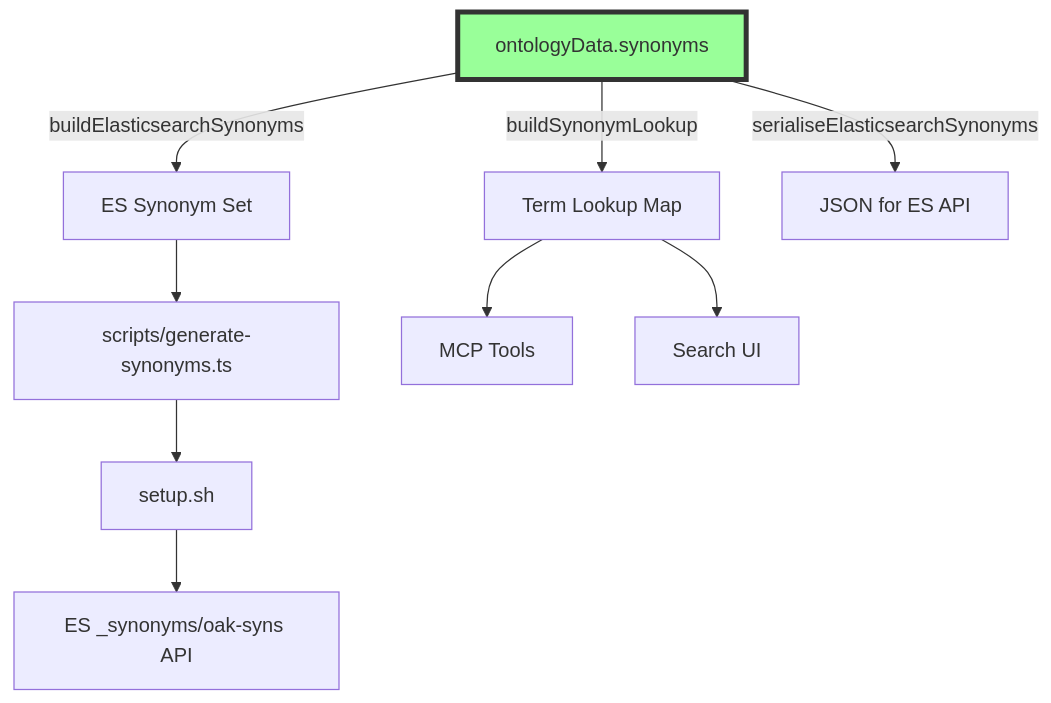
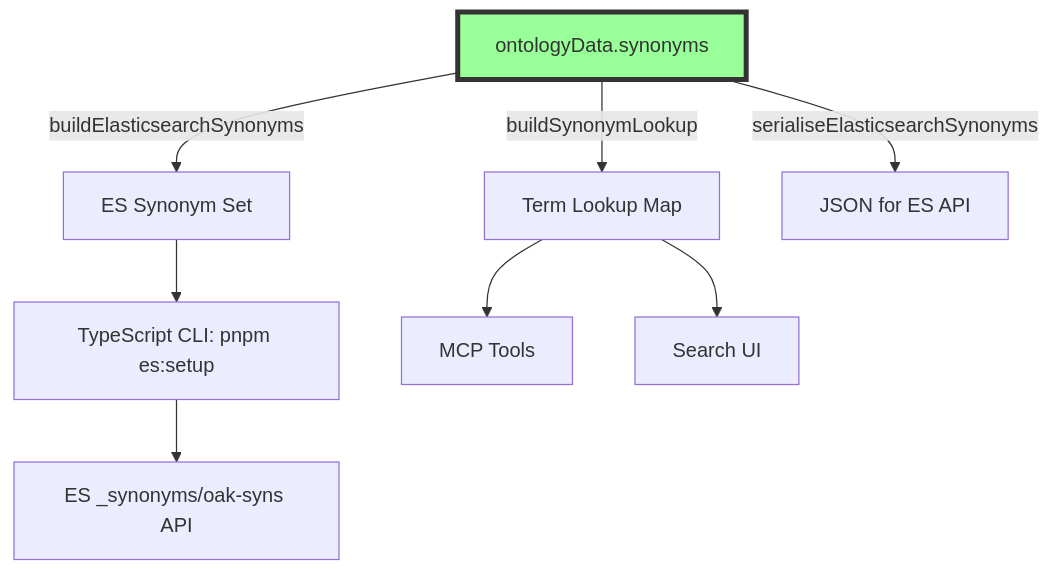
One commit to oaknational/oak-open-curriculum-ecosystem changed the diagram in docs/architecture/architectural-decisions/063-sdk-domain-synonyms-source-of-truth.md. Above: the diagram before and after it, drawn with Mermaid. The commit also changed other lines of this file and 7 other files, not shown here.

````diff
--- a/docs/architecture/architectural-decisions/063-sdk-domain-synonyms-source-of-truth.md
+++ b/docs/architecture/architectural-decisions/063-sdk-domain-synonyms-source-of-truth.md
@@ -43,15 +43,14 @@
 ```mermaid
 graph TD
     A[ontologyData.synonyms] -->|buildElasticsearchSynonyms| B[ES Synonym Set]
     A -->|buildSynonymLookup| C[Term Lookup Map]
     A -->|serialiseElasticsearchSynonyms| D[JSON for ES API]
 
-    B --> E[scripts/generate-synonyms.ts]
-    E --> F[setup.sh]
-    F --> G[ES _synonyms/oak-syns API]
+    B --> E[TypeScript CLI: pnpm es:setup]
+    E --> G[ES _synonyms/oak-syns API]
 
     C --> H[MCP Tools]
     C --> I[Search UI]
 
     style A fill:#9f9,stroke:#333,stroke-width:4px
 ```
````
